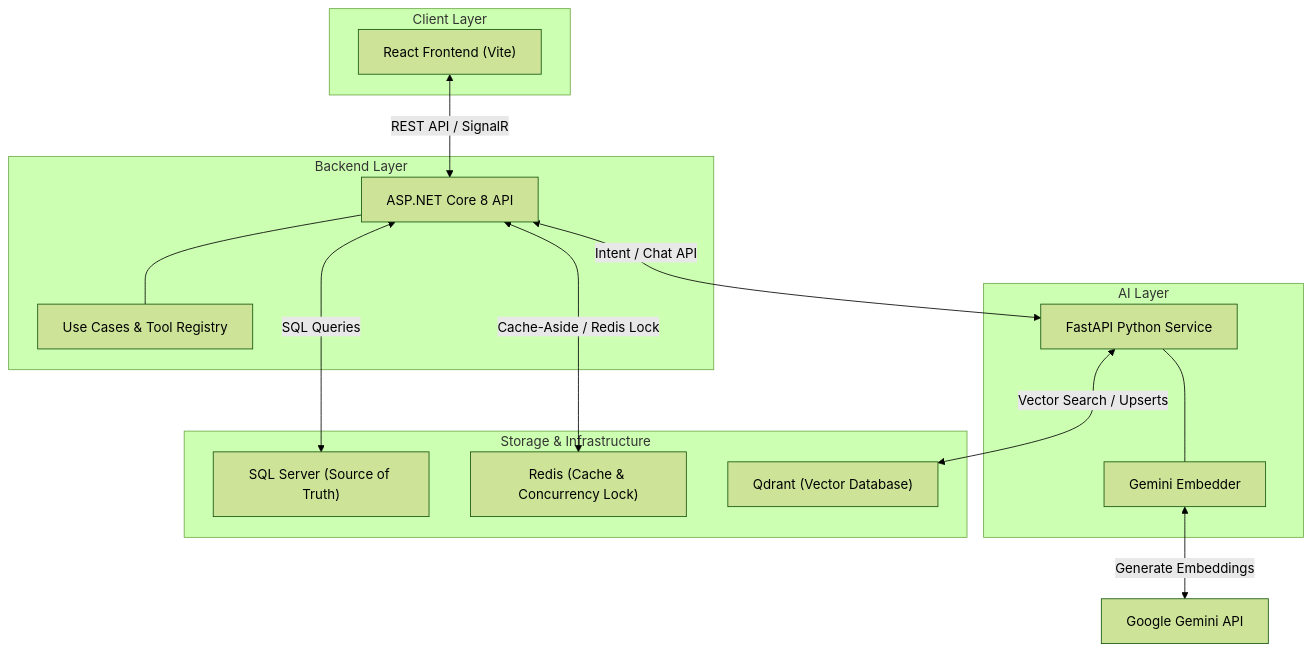
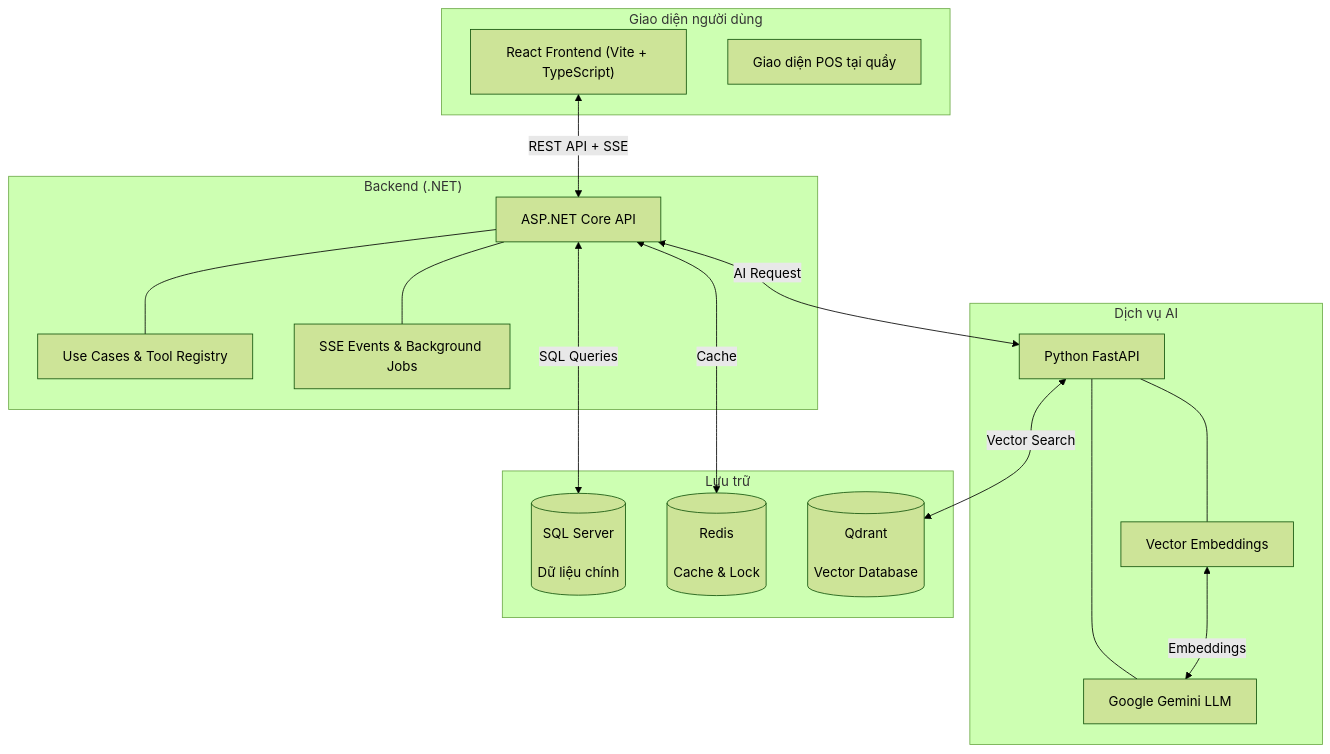
The diagram in README.md (duc19092005/galaxiad-cinema-core), drawn with Mermaid (forest theme) before and after one commit. The commit also changed other lines of this file and 203 other files, not shown here.

Commit message:
docs: update documentation - seat locking algo, business rules (BS25-BS123), timezone rules, frontend README, architecture ADR

````diff
--- a/README.md
+++ b/README.md
@@ -36,36 +17,42 @@
 ```mermaid
 flowchart TD
-    subgraph Client ["Client Layer"]
-        FE["React Frontend (Vite)"]
+    subgraph Client["Giao diện người dùng"]
+        FE["React Frontend (Vite + TypeScript)"]
+        POS["Giao diện POS tại quầy"]
     end
 
-    subgraph Backend ["Backend Layer"]
-        API["ASP.NET Core 8 API"]
+    subgraph Backend["Backend (.NET)"]
+        API["ASP.NET Core API"]
         UC["Use Cases & Tool Registry"]
+        Hubs["SSE Events & Background Jobs"]
         API --- UC
+        API --- Hubs
     end
 
-    subgraph AI ["AI Layer"]
-        FastAPI["FastAPI Python Service"]
-        Embedder["Gemini Embedder"]
+    subgraph AI["Dịch vụ AI"]
+        FastAPI["Python FastAPI"]
+        Gemini["Google Gemini LLM"]
+        Embedder["Vector Embeddings"]
+        FastAPI --- Gemini
         FastAPI --- Embedder
     end
 
-    subgraph Storage ["Storage & Infrastructure"]
-        SQL["SQL Server (Source of Truth)"]
-        Redis["Redis (Cache & Concurrency Lock)"]
-        Qdrant["Qdrant (Vector Database)"]
+    subgraph Storage["Lưu trữ"]
+        SQL[("SQL Server
+    
+    Dữ liệu chính")]
+        Redis[("Redis
+    
+    Cache & Lock")]
+        Qdrant[("Qdrant
+    
+    Vector Database")]
     end
 
-    %% Client Interactions
-    FE <-->|REST API / SignalR| API
-
-    %% Backend Interactions
-    API <-->|SQL Queries| SQL
-    API <-->|Cache-Aside / Redis Lock| Redis
-    API <-->|Intent / Chat API| FastAPI
-
-    %% AI Service Interactions
-    FastAPI <-->|Vector Search / Upserts| Qdrant
-    Embedder <-->|Generate Embeddings| Gemini["Google Gemini API"]
+    FE <-->|"REST API + SSE"| API
+    API <-->|"SQL Queries"| SQL
+    API <-->|"Cache"| Redis
+    API <-->|"AI Request"| FastAPI
+    FastAPI <-->|"Vector Search"| Qdrant
+    Embedder <-->|"Embeddings"| Gemini
 ```
````
